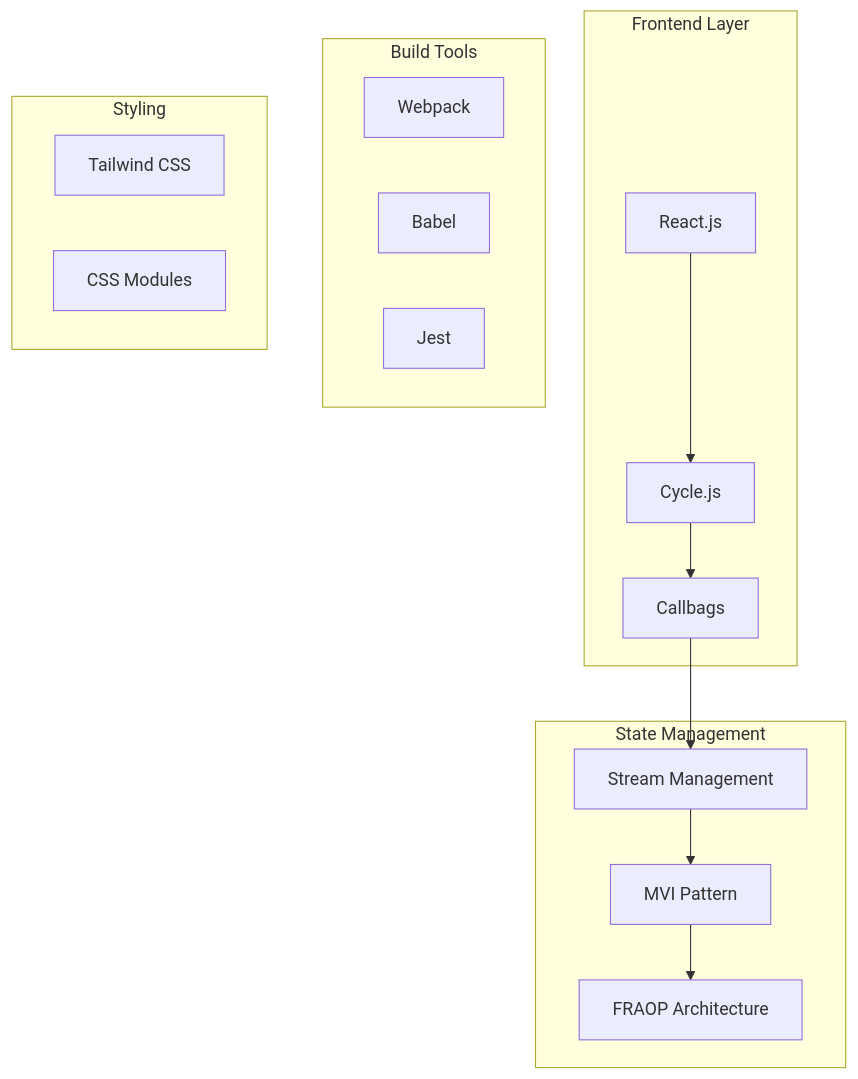
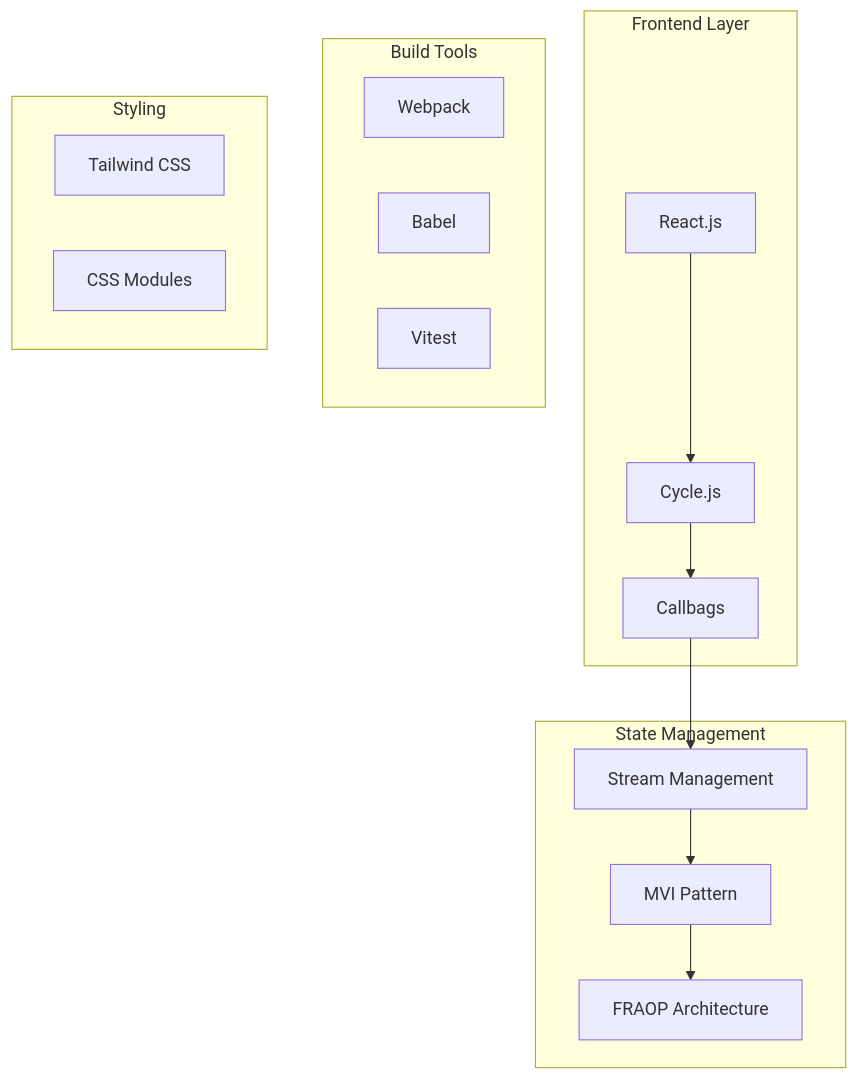
One commit to SpinbitZ/SpinbitZ changed the first of 8 diagrams in site-rebuild/docs/tech-stack.md. Above: the diagram before and after it, drawn with Mermaid. The commit also changed other lines of this file and 12 other files, not shown here.

````diff
--- a/site-rebuild/docs/tech-stack.md
+++ b/site-rebuild/docs/tech-stack.md
@@ -8,31 +8,31 @@
 ```mermaid
 graph TD
     subgraph "Frontend Layer"
         React[React.js]
         Cycle[Cycle.js]
         Callbags[Callbags]
     end
     
     subgraph "State Management"
         FRAOP[FRAOP Architecture]
         MVI[MVI Pattern]
         Streams[Stream Management]
     end
     
     subgraph "Build Tools"
         Webpack[Webpack]
         Babel[Babel]
-        Jest[Jest]
+        Vitest[Vitest]
     end
     
     subgraph "Styling"
         Tailwind[Tailwind CSS]
         CSSModules[CSS Modules]
     end
     
     React --> Cycle
     Cycle --> Callbags
     Callbags --> Streams
     Streams --> MVI
     MVI --> FRAOP
 ```
````
